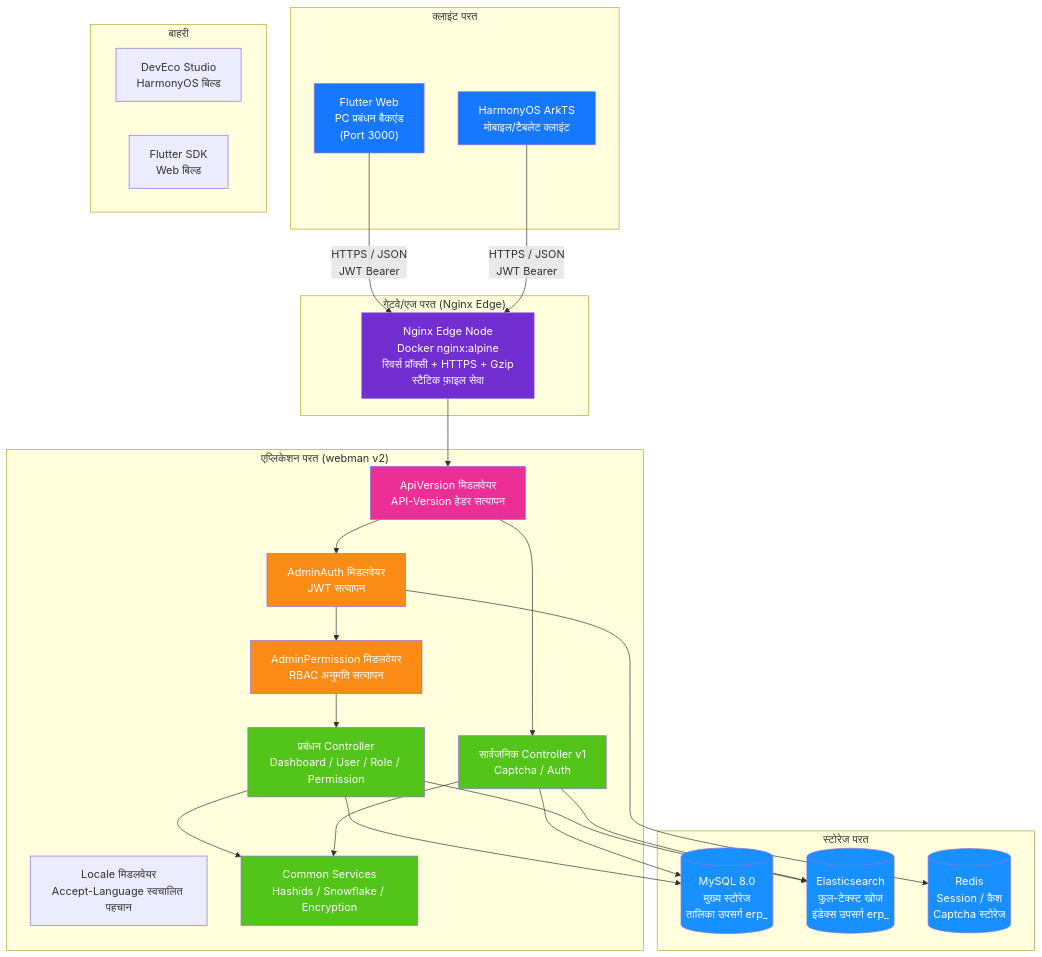
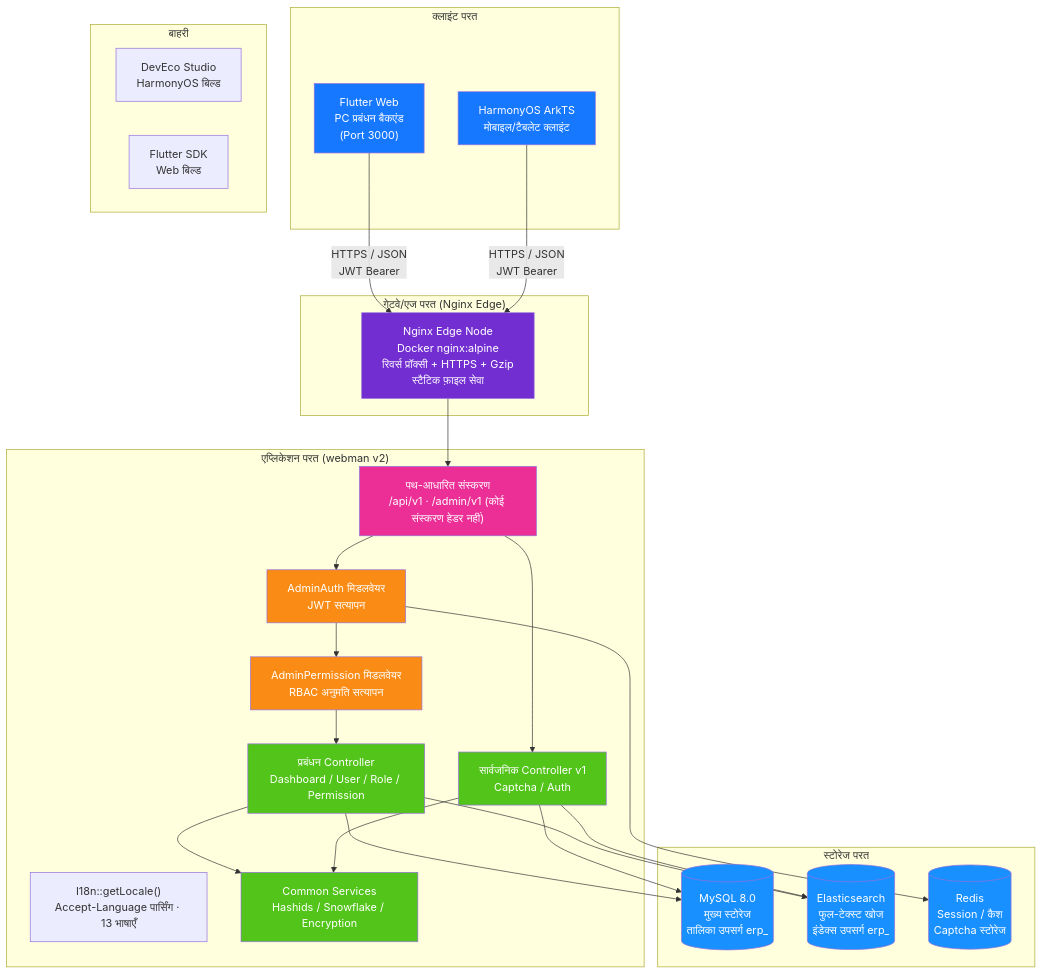
Before and after one commit to erikwang2013/erp-php: the first of 20 diagrams in docs/i18n/hi/ARCHITECTURE.md, drawn with Mermaid. The commit also changed other lines of this file and 325 other files, not shown here.

````diff
--- a/docs/i18n/hi/ARCHITECTURE.md
+++ b/docs/i18n/hi/ARCHITECTURE.md
@@ -11,60 +11,60 @@
 ```mermaid
 flowchart TB
     subgraph "क्लाइंट परत"
         A1["Flutter Web<br/>PC प्रबंधन बैकएंड<br/>(Port 3000)"]
         A2["HarmonyOS ArkTS<br/>मोबाइल/टैबलेट क्लाइंट"]
     end
 
     subgraph "गेटवे/एज परत (Nginx Edge)"
         B1["Nginx Edge Node<br/>Docker nginx:alpine<br/>रिवर्स प्रॉक्सी + HTTPS + Gzip<br/>स्टैटिक फ़ाइल सेवा"]
     end
 
     subgraph "एप्लिकेशन परत (webman v2)"
-        C_LOC["Locale मिडलवेयर<br/>Accept-Language स्वचालित पहचान"]
-        C0["ApiVersion मिडलवेयर<br/>API-Version हेडर सत्यापन"]
+        C_LOC["I18n::getLocale()<br/>Accept-Language पार्सिंग · 13 भाषाएँ"]
+        C0["पथ-आधारित संस्करण<br/>/api/v1 · /admin/v1 (कोई संस्करण हेडर नहीं)"]
         C1["AdminAuth मिडलवेयर<br/>JWT सत्यापन"]
         C2["AdminPermission मिडलवेयर<br/>RBAC अनुमति सत्यापन"]
         C3["प्रबंधन Controller<br/>Dashboard / User / Role / Permission"]
         C4["सार्वजनिक Controller v1<br/>Captcha / Auth"]
         C5["Common Services<br/>Hashids / Snowflake / Encryption"]
     end
 
     subgraph "स्टोरेज परत"
         D1[("MySQL 8.0<br/>मुख्य स्टोरेज<br/>तालिका उपसर्ग erp_")]
         D2[("Elasticsearch<br/>फुल-टेक्स्ट खोज<br/>इंडेक्स उपसर्ग erp_")]
         D3[("Redis<br/>Session / कैश<br/>Captcha स्टोरेज")]
     end
 
     subgraph "बाहरी"
         E1["DevEco Studio<br/>HarmonyOS बिल्ड"]
         E2["Flutter SDK<br/>Web बिल्ड"]
     end
 
     A1 -->|"HTTPS / JSON<br/>JWT Bearer"| B1
     A2 -->|"HTTPS / JSON<br/>JWT Bearer"| B1
     B1 --> C0
     C0 --> C1
     C1 --> C2
     C2 --> C3
     C0 --> C4
     C3 --> C5
     C4 --> C5
     C3 --> D1
     C4 --> D1
     C3 --> D2
     C4 --> D2
     C1 --> D3
 
     style A1 fill:#1677FF,color:#fff
     style A2 fill:#1677FF,color:#fff
     style B1 fill:#722ED1,color:#fff
     style C0 fill:#EB2F96,color:#fff
     style C1 fill:#FA8C16,color:#fff
     style C2 fill:#FA8C16,color:#fff
     style C3 fill:#52C41A,color:#fff
     style C4 fill:#52C41A,color:#fff
     style C5 fill:#52C41A,color:#fff
     style D1 fill:#1890FF,color:#fff
     style D2 fill:#1890FF,color:#fff
     style D3 fill:#1890FF,color:#fff
 ```
````
